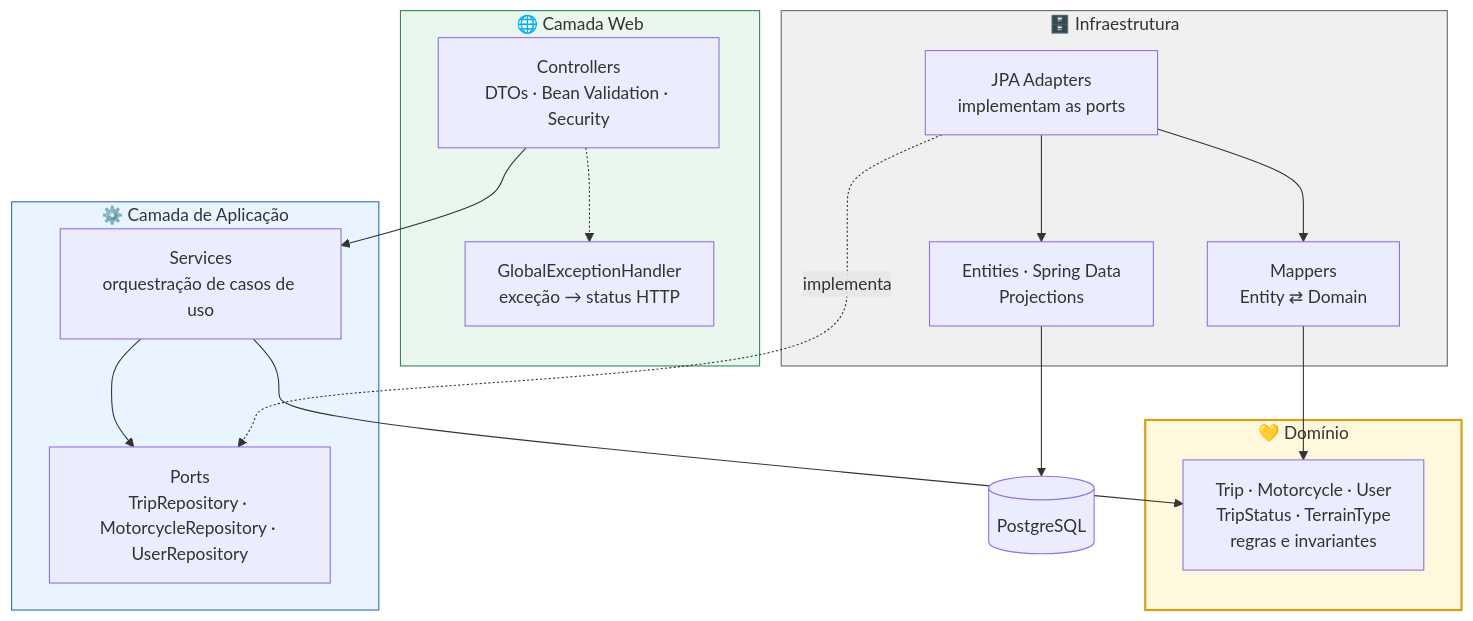
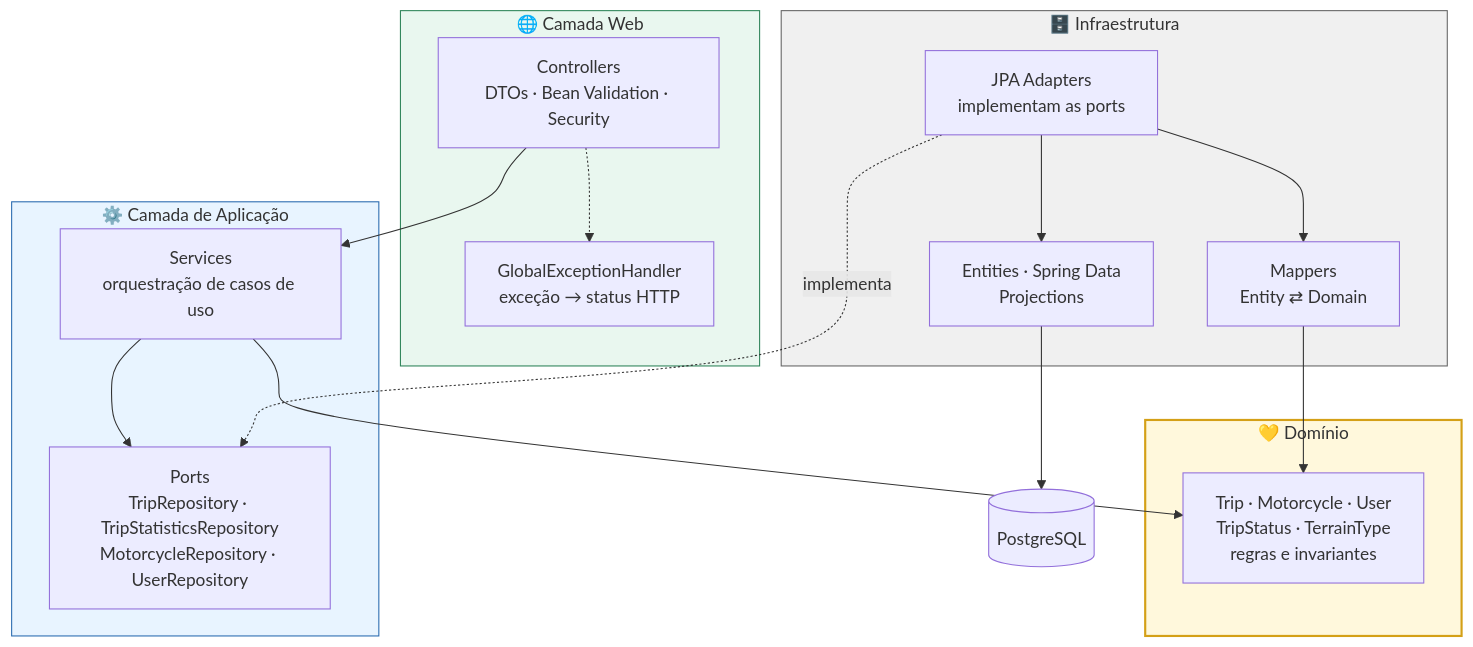
Before and after one commit to marcosguisleri/mototrack-api: the first of 2 diagrams in README.md, drawn with Mermaid. The commit also changed other lines of this file and 1 other file, not shown here.

````diff
--- a/README.md
+++ b/README.md
@@ -61,39 +61,39 @@
 ```mermaid
 flowchart TD
     subgraph WEB["🌐 Camada Web"]
         C["Controllers<br/>DTOs · Bean Validation · Security"]
         GEH["GlobalExceptionHandler<br/>exceção → status HTTP"]
     end
 
     subgraph APP["⚙️ Camada de Aplicação"]
         S["Services<br/>orquestração de casos de uso"]
-        P["Ports<br/>TripRepository · MotorcycleRepository · UserRepository"]
+        P["Ports<br/>TripRepository · TripStatisticsRepository<br/>MotorcycleRepository · UserRepository"]
     end
 
     subgraph DOM["💛 Domínio"]
         M["Trip · Motorcycle · User<br/>TripStatus · TerrainType<br/>regras e invariantes"]
     end
 
     subgraph INFRA["🗄️ Infraestrutura"]
         A["JPA Adapters<br/>implementam as ports"]
         MAP["Mappers<br/>Entity ⇄ Domain"]
         E["Entities · Spring Data<br/>Projections"]
     end
 
     DB[("PostgreSQL")]
 
     C --> S
     C -.-> GEH
     S --> M
     S --> P
     A -.implementa.-> P
     A --> MAP
     MAP --> M
     A --> E
     E --> DB
 
     style DOM fill:#fff8dc,stroke:#d4a017,stroke-width:2px
     style APP fill:#e8f4ff,stroke:#2b6cb0
     style INFRA fill:#f0f0f0,stroke:#666
     style WEB fill:#e9f7ef,stroke:#2f855a
 ```
````
